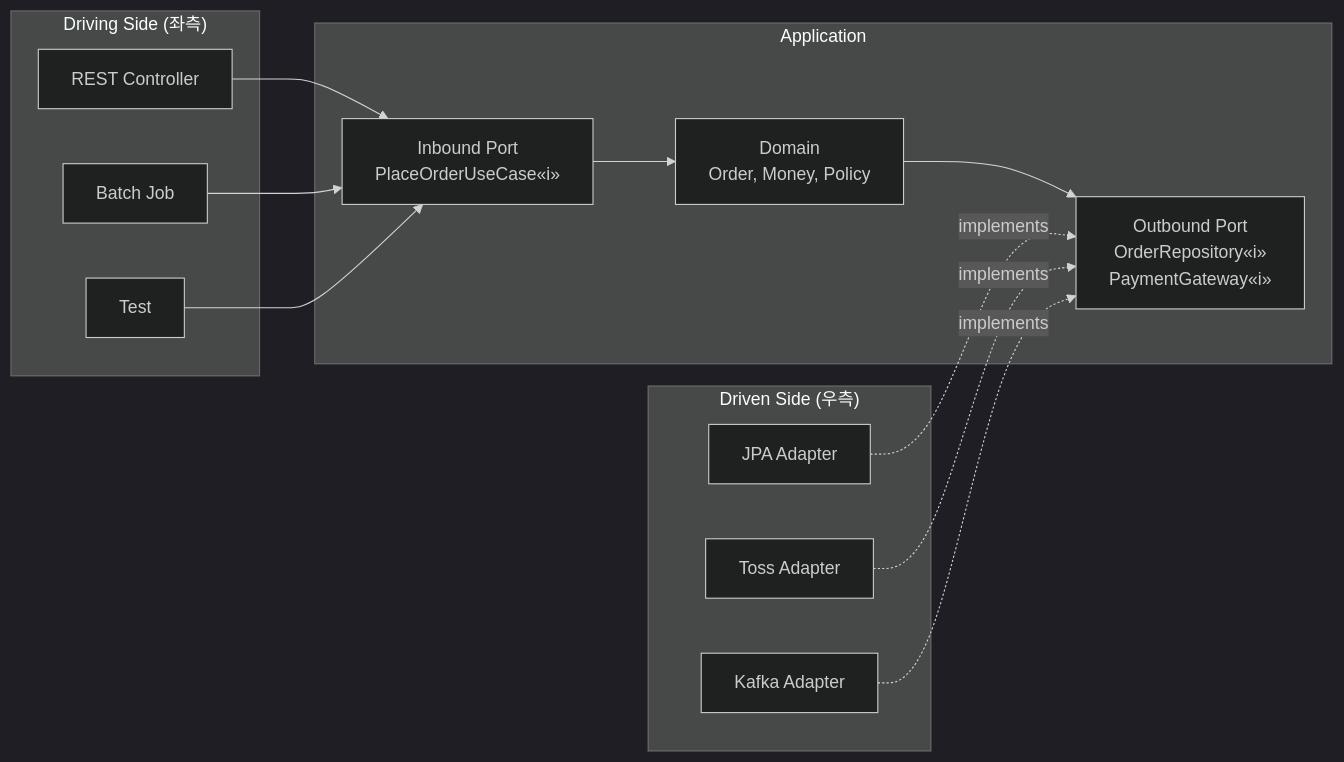
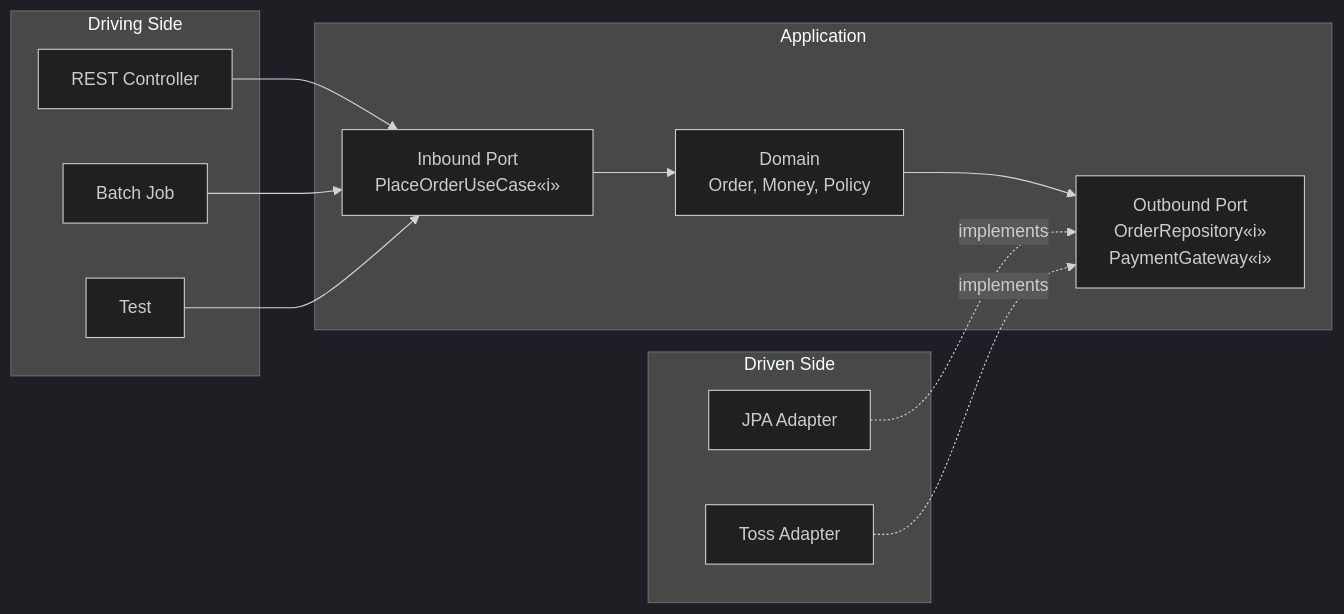
Before and after one commit to ktae23/TIL: the first of 2 diagrams in MSA/12-hexagonal-architecture.md, drawn with Mermaid (dark theme). The commit also changed other lines of this file and 13 other files, not shown here.

````diff
--- a/MSA/12-hexagonal-architecture.md
+++ b/MSA/12-hexagonal-architecture.md
@@ -32,26 +28,24 @@
 ```mermaid
 graph LR
-    subgraph LEFT["Driving Side (좌측)"]
+    subgraph LEFT["Driving Side"]
         REST["REST Controller"]
         BATCH["Batch Job"]
         TEST["Test"]
     end
     subgraph HEX["Application"]
         PIN["Inbound Port<br/>PlaceOrderUseCase«i»"]
         CORE["Domain<br/>Order, Money, Policy"]
         POUT["Outbound Port<br/>OrderRepository«i»<br/>PaymentGateway«i»"]
         PIN --> CORE
         CORE --> POUT
     end
-    subgraph RIGHT["Driven Side (우측)"]
+    subgraph RIGHT["Driven Side"]
         JPA["JPA Adapter"]
         PG["Toss Adapter"]
-        MQ["Kafka Adapter"]
     end
     REST --> PIN
     BATCH --> PIN
     TEST --> PIN
     JPA -.implements.-> POUT
     PG -.implements.-> POUT
-    MQ -.implements.-> POUT
 ```
````
